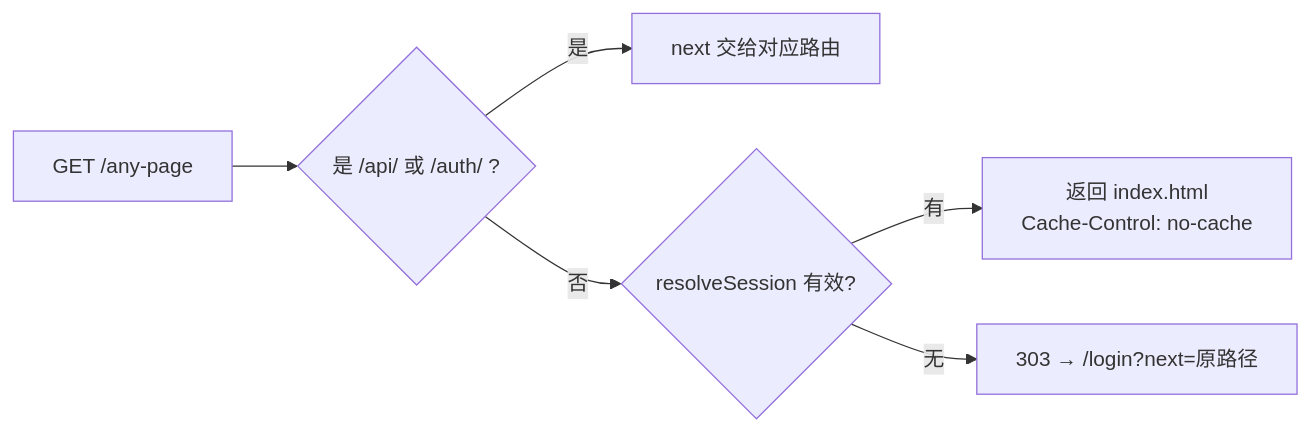
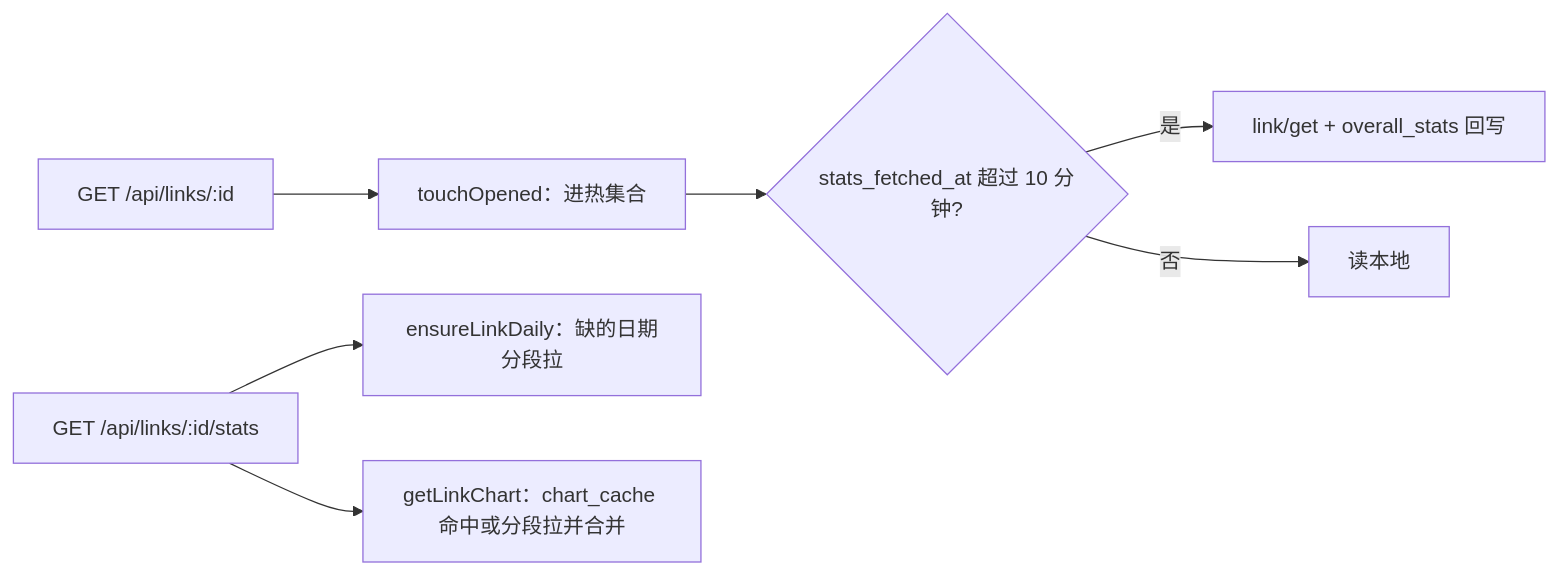
Before and after one commit to garyzheng0714-lang/web-short-url: the second of 2 diagrams in docs/ARCHI.md, drawn with Mermaid. The commit also changed other lines of this file and 135 other files, not shown here.

````diff
--- a/docs/ARCHI.md
+++ b/docs/ARCHI.md
@@ -471,8 +287,9 @@
 ```mermaid
 flowchart LR
-    A[GET /any-page] --> B{是 /api/ 或 /auth/ ?}
-    B -- 是 --> C[next 交给对应路由]
-    B -- 否 --> D{resolveSession 有效?}
-    D -- 有 --> E[返回 index.html<br/>Cache-Control: no-cache]
-    D -- 无 --> F[303 → /login?next=原路径]
+    A[GET /api/links/:id] --> B[touchOpened：进热集合]
+    B --> C{stats_fetched_at 超过 10 分钟?}
+    C -- 是 --> D[link/get + overall_stats 回写]
+    C -- 否 --> E[读本地]
+    F[GET /api/links/:id/stats] --> G[ensureLinkDaily：缺的日期分段拉]
+    F --> H[getLinkChart：chart_cache 命中或分段拉并合并]
 ```
````
